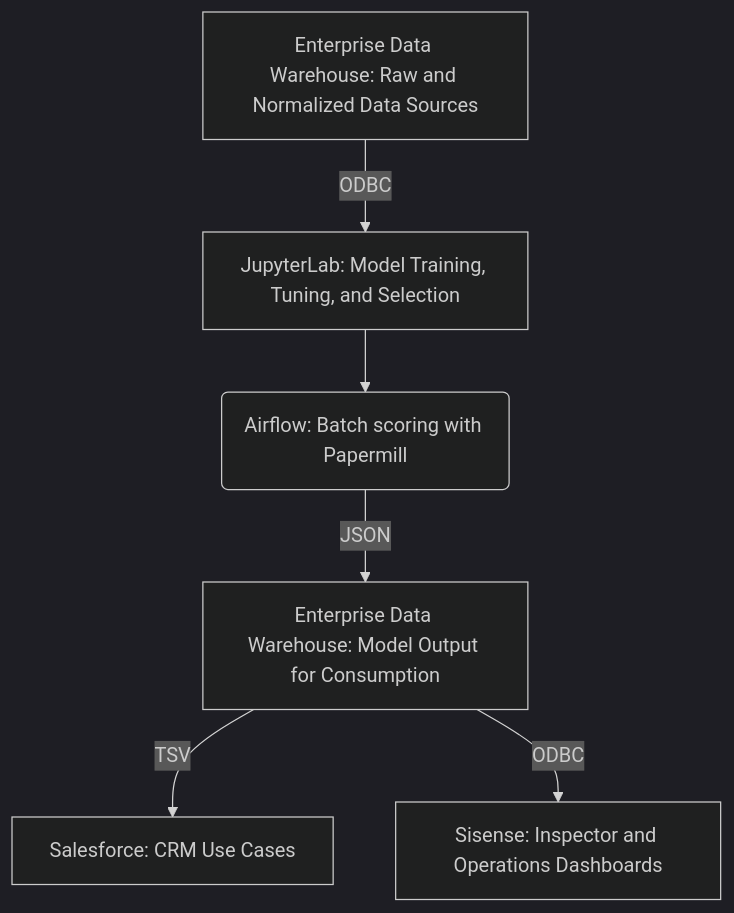
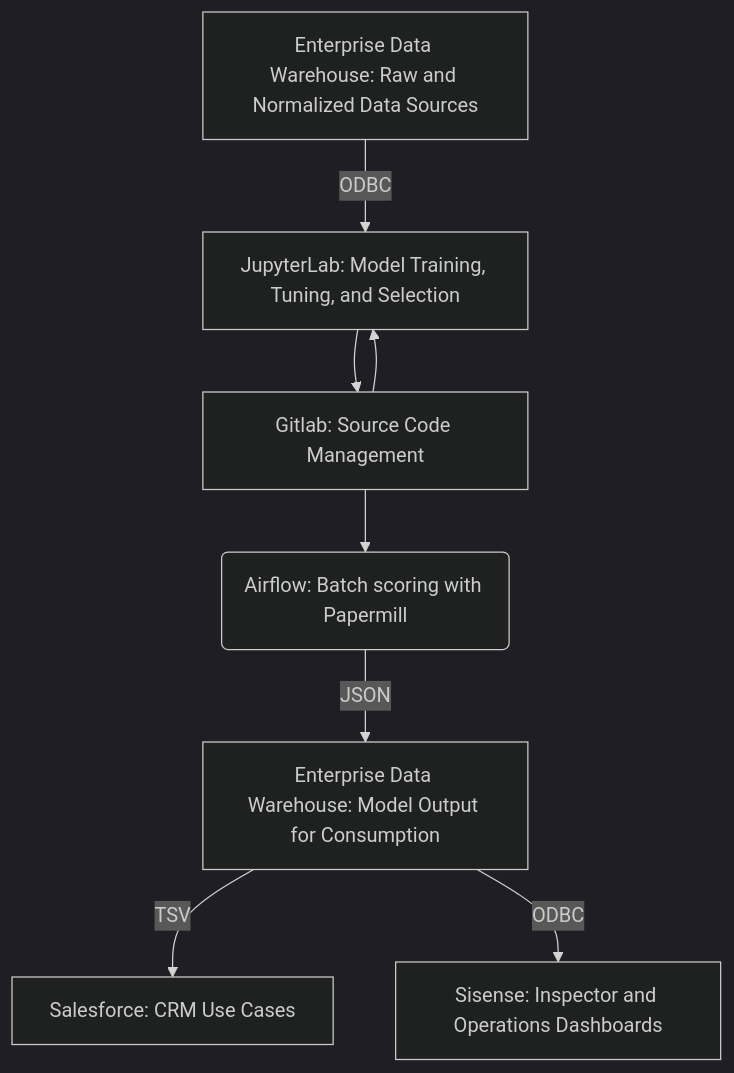
One commit to secretstartups/handbook changed the second of 2 diagrams in business-technology/data-team/organization/data-science/index.html.md. Above: the diagram before and after it, drawn with Mermaid (dark theme). The commit also changed other lines of this file and 2 other files, not shown here.

````diff
--- a/business-technology/data-team/organization/data-science/index.html.md
+++ b/business-technology/data-team/organization/data-science/index.html.md
@@ -190,14 +194,17 @@
 ```mermaid
 graph 
     A[Enterprise Data Warehouse: Raw and Normalized Data Sources]
     B[JupyterLab: Model Training, Tuning, and Selection]
     C(Airflow: Batch scoring with Papermill)
     F[Enterprise Data Warehouse: Model Output for Consumption]
     D[Salesforce: CRM Use Cases]
     E[Sisense: Inspector and Operations Dashboards]
+    G[Gitlab: Source Code Management]
     A --> |ODBC| B 
-    B --> C
+    B --> G
+    G --> B
+    G --> C
     C --> |JSON| F
     F --> |TSV| D
     F --> |ODBC| E
 ```
````
